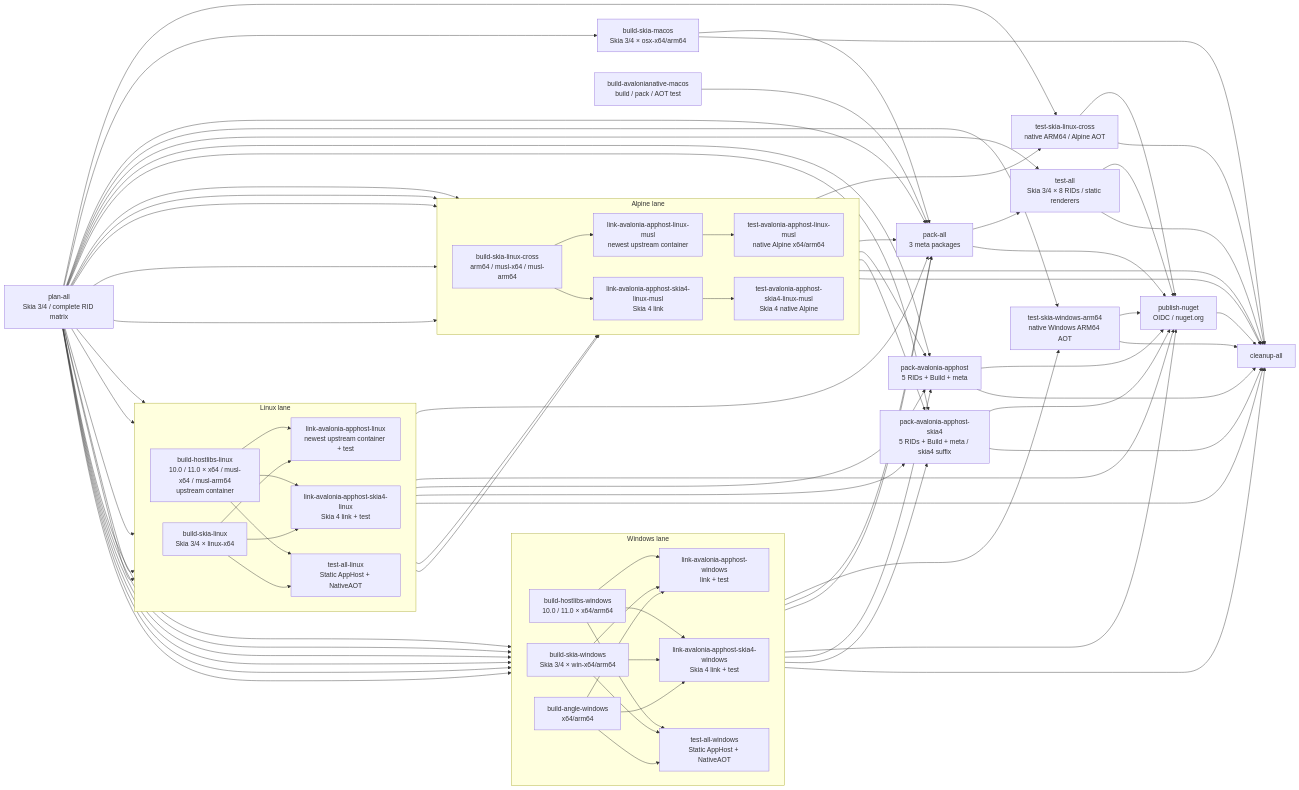
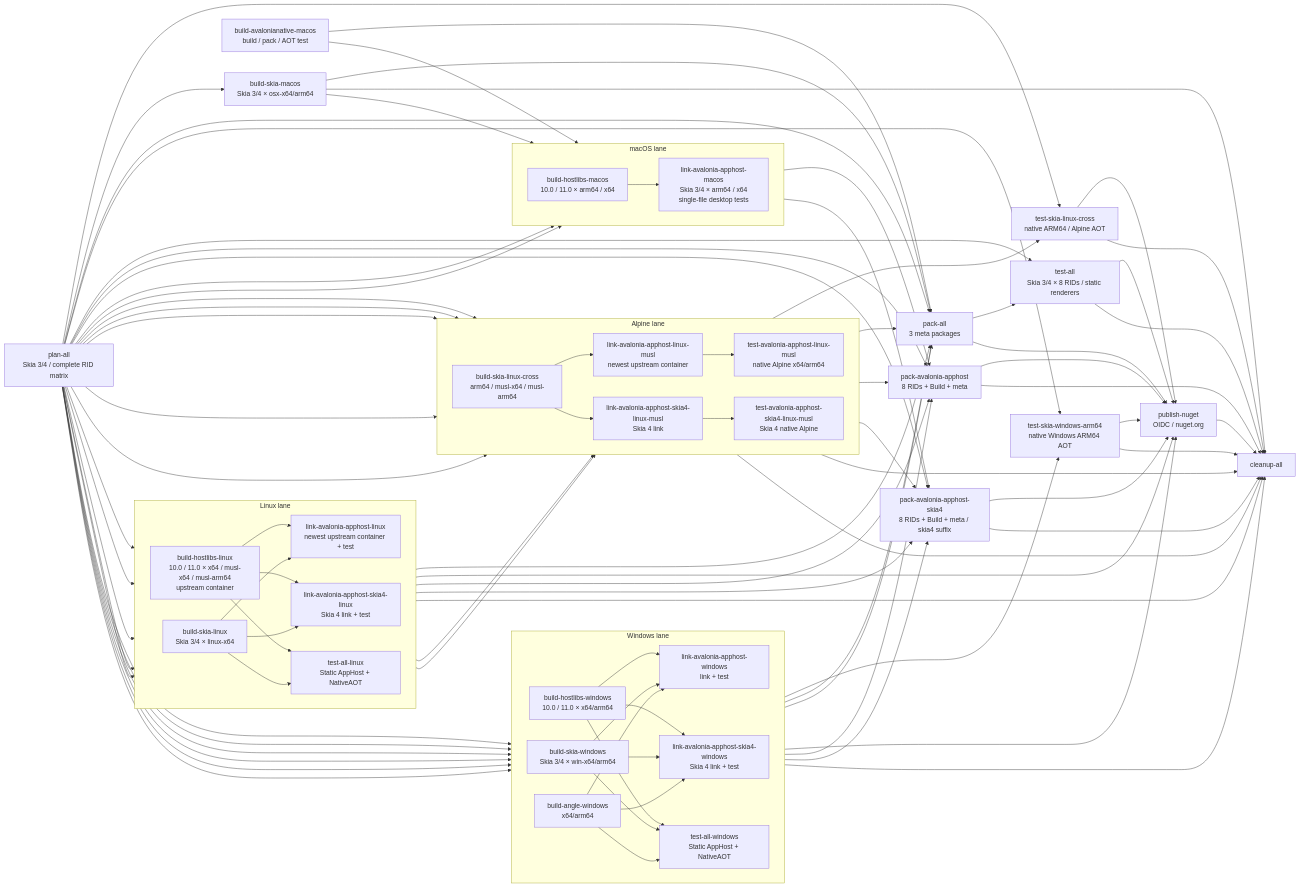
Before and after one commit to chsbuffer/HostForge: the diagram in DEVELOPMENT.md, drawn with Mermaid. The commit also changed other lines of this file, not shown here.

Commit message:
docs: show the macOS desktop AppHost CI dependencies

```diff
--- a/DEVELOPMENT.md
+++ b/DEVELOPMENT.md
@@ -388,8 +388,22 @@
         MLA4 --> MTA4
     end
 
-    PA["pack-avalonia-apphost<br/>5 RIDs + Build + meta"]
-    PA4["pack-avalonia-apphost-skia4<br/>5 RIDs + Build + meta / skia4 suffix"]
+    subgraph MAC["macOS lane"]
+        direction LR
+        MH["build-hostlibs-macos<br/>10.0 / 11.0 × arm64 / x64"]
+        MA["link-avalonia-apphost-macos<br/>Skia 3/4 × arm64 / x64<br/>single-file desktop tests"]
+        MH --> MA
+    end
+
+    NP --> MH
+    NP --> MA
+    NM --> MA
+    AN --> MA
+    MA --> PA
+    MA --> PA4
+
+    PA["pack-avalonia-apphost<br/>8 RIDs + Build + meta"]
+    PA4["pack-avalonia-apphost-skia4<br/>8 RIDs + Build + meta / skia4 suffix"]
     PUB["publish-nuget<br/>OIDC / nuget.org"]
     NMP --> PUB
     NLCT --> PUB
```
